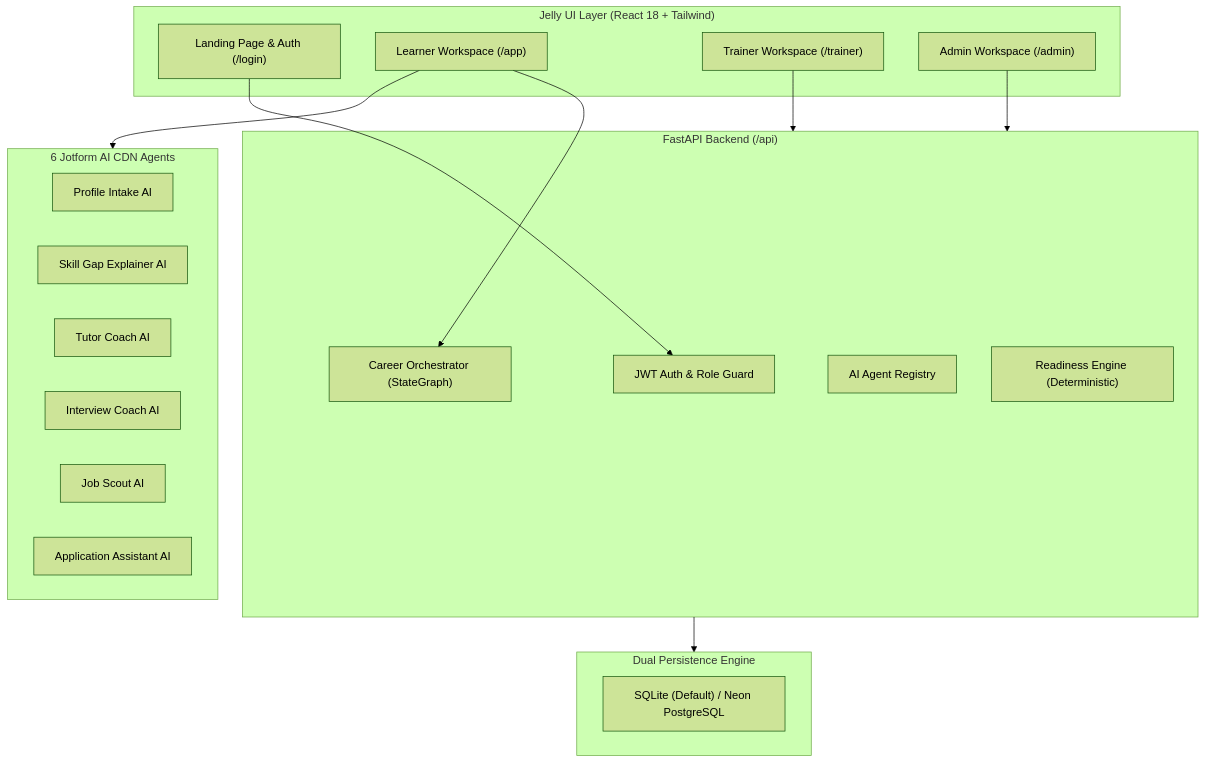
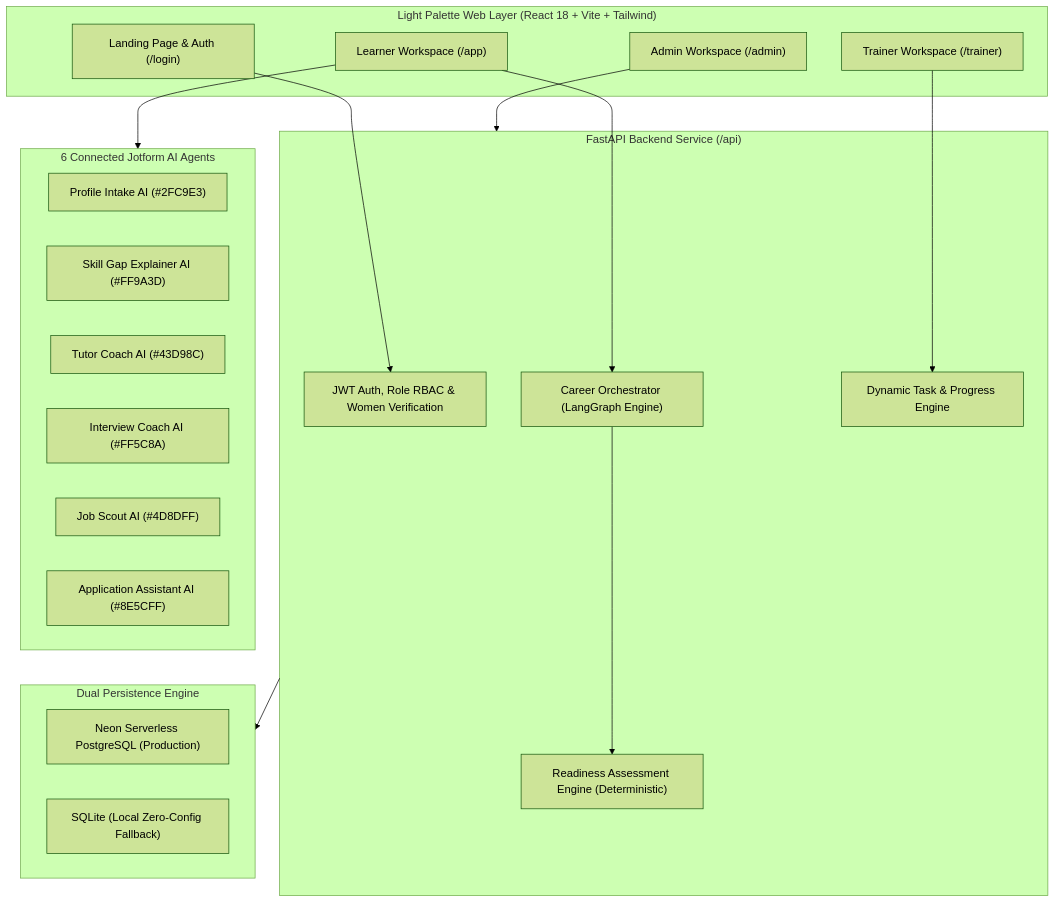
The diagram in README.md (sathwik27-ai/AI-Powered-Career-ReEntry-Ecosystem), drawn with Mermaid (forest theme) before and after one commit. The commit also changed other lines of this file, not shown here.

Commit message:
docs: comprehensive README for AI-powered career re-entry ecosystem

````diff
--- a/README.md
+++ b/README.md
@@ -109,36 +35,38 @@
 ```mermaid
 flowchart TD
-    subgraph UI["Jelly UI Layer (React 18 + Tailwind)"]
+    subgraph UI["Light Palette Web Layer (React 18 + Vite + Tailwind)"]
         LP["Landing Page & Auth (/login)"]
         LW["Learner Workspace (/app)"]
         TW["Trainer Workspace (/trainer)"]
         AW["Admin Workspace (/admin)"]
     end
 
-    subgraph API["FastAPI Backend (/api)"]
-        Auth["JWT Auth & Role Guard"]
-        Orch["Career Orchestrator (StateGraph)"]
-        Registry["AI Agent Registry"]
-        Readiness["Readiness Engine (Deterministic)"]
+    subgraph API["FastAPI Backend Service (/api)"]
+        Auth["JWT Auth, Role RBAC & Women Verification"]
+        Orch["Career Orchestrator (LangGraph Engine)"]
+        Readiness["Readiness Assessment Engine (Deterministic)"]
+        TaskEngine["Dynamic Task & Progress Engine"]
     end
 
-    subgraph Agents["6 Jotform AI CDN Agents"]
-        J1["Profile Intake AI"]
-        J2["Skill Gap Explainer AI"]
-        J3["Tutor Coach AI"]
-        J4["Interview Coach AI"]
-        J5["Job Scout AI"]
-        J6["Application Assistant AI"]
+    subgraph Agents["6 Connected Jotform AI Agents"]
+        J1["Profile Intake AI (#2FC9E3)"]
+        J2["Skill Gap Explainer AI (#FF9A3D)"]
+        J3["Tutor Coach AI (#43D98C)"]
+        J4["Interview Coach AI (#FF5C8A)"]
+        J5["Job Scout AI (#4D8DFF)"]
+        J6["Application Assistant AI (#8E5CFF)"]
     end
 
-    subgraph Storage["Dual Persistence Engine"]
-        SQL["SQLite (Default) / Neon PostgreSQL"]
+    subgraph DB["Dual Persistence Engine"]
+        PG["Neon Serverless PostgreSQL (Production)"]
+        SQL["SQLite (Local Zero-Config Fallback)"]
     end
 
     LP --> Auth
     LW --> Orch
-    TW --> API
+    TW --> TaskEngine
     AW --> API
     LW --> Agents
-    API --> Storage
+    Orch --> Readiness
+    API --> DB
 ```
````
